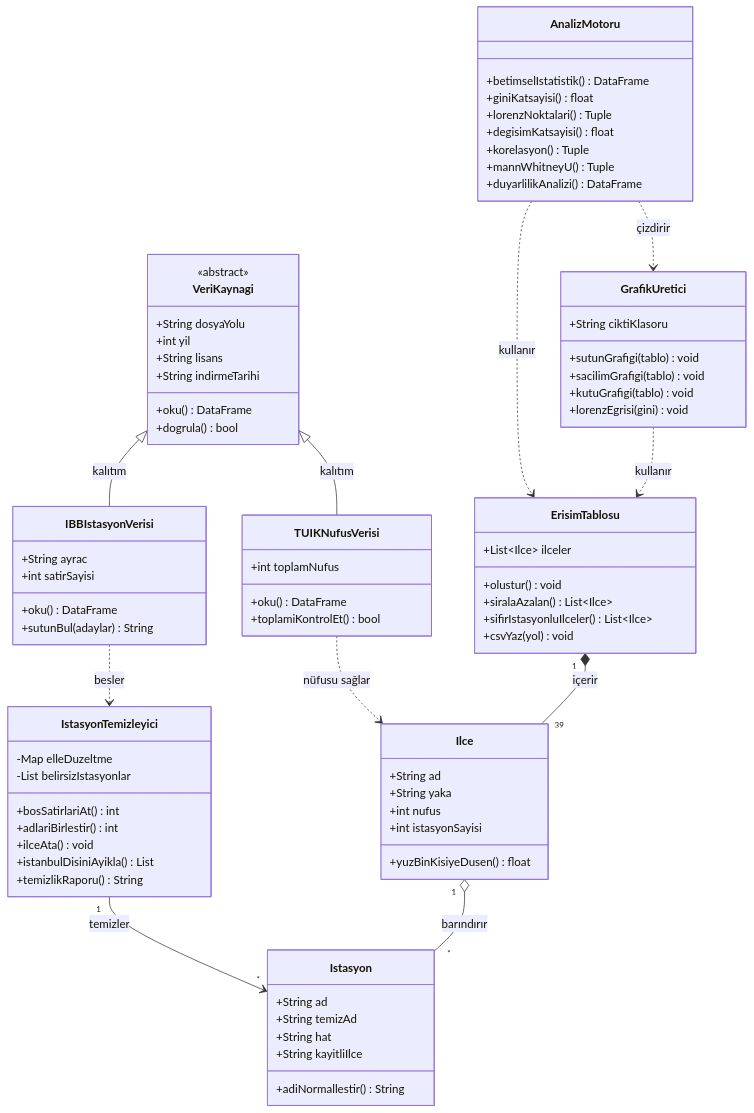
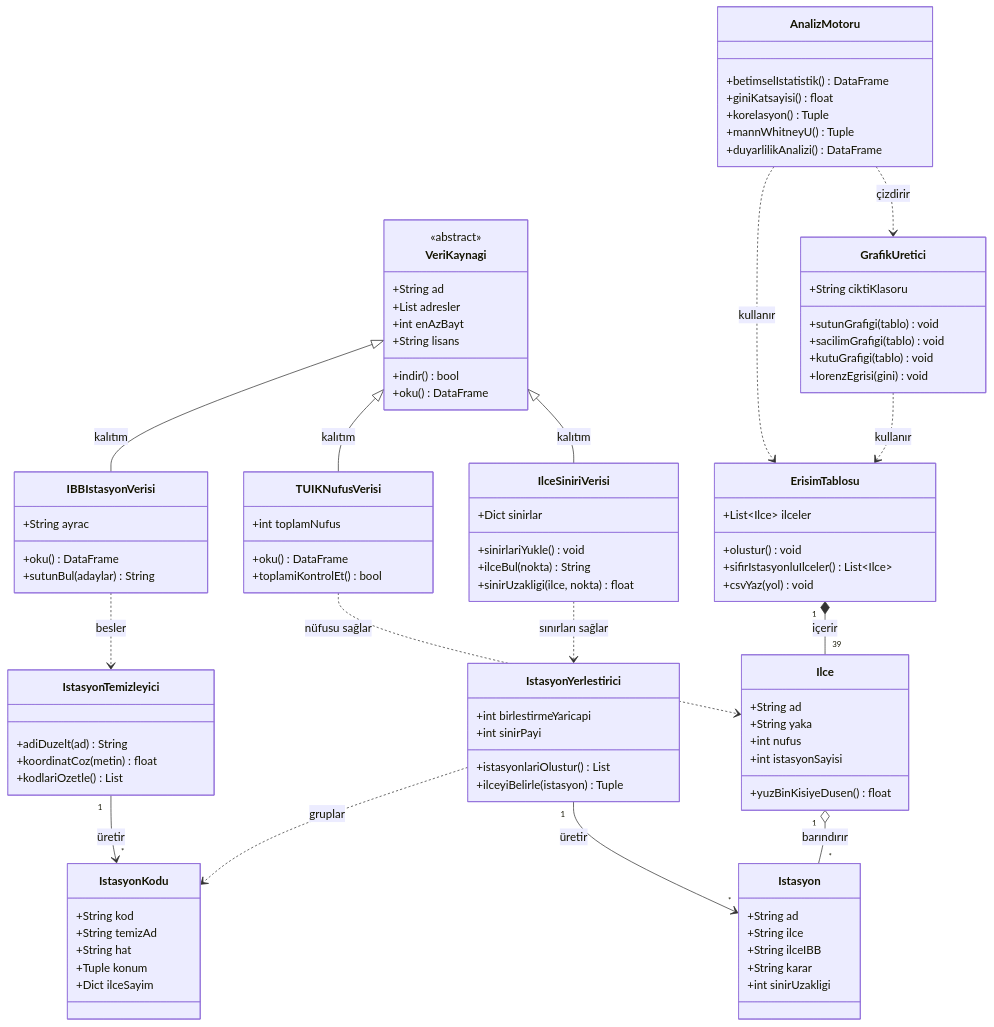
The diagram in uml/3_class.mmd (yunusyegen/istanbul-rayli-sistem-erisim), drawn with Mermaid before and after one commit. The commit also changed 6 other files, not shown here.

First line of the commit message:
UML diyagramları yeni analiz akışına göre güncellendi

```diff
--- a/uml/3_class.mmd
+++ b/uml/3_class.mmd
@@ -1,88 +1,106 @@
 %% Class Diyagramı
 %% Not defterindeki fonksiyonların sınıflara taşındığı tasarım önerisi
 classDiagram
     class VeriKaynagi {
         <<abstract>>
-        +String dosyaYolu
-        +int yil
+        +String ad
+        +List adresler
+        +int enAzBayt
         +String lisans
-        +String indirmeTarihi
+        +indir() bool
         +oku() DataFrame
-        +dogrula() bool
     }
 
     class IBBIstasyonVerisi {
         +String ayrac
-        +int satirSayisi
         +oku() DataFrame
         +sutunBul(adaylar) String
     }
 
     class TUIKNufusVerisi {
         +int toplamNufus
         +oku() DataFrame
         +toplamiKontrolEt() bool
     }
 
-    class Istasyon {
-        +String ad
+    class IlceSiniriVerisi {
+        +Dict sinirlar
+        +sinirlariYukle() void
+        +ilceBul(nokta) String
+        +sinirUzakligi(ilce, nokta) float
+    }
+
+    class IstasyonKodu {
+        +String kod
         +String temizAd
         +String hat
-        +String kayitliIlce
-        +adiNormallestir() String
+        +Tuple konum
+        +Dict ilceSayim
     }
 
     class IstasyonTemizleyici {
-        -Map elleDuzeltme
-        -List belirsizIstasyonlar
-        +bosSatirlariAt() int
-        +adlariBirlestir() int
-        +ilceAta() void
-        +istanbulDisiniAyikla() List
-        +temizlikRaporu() String
+        +adiDuzelt(ad) String
+        +koordinatCoz(metin) float
+        +kodlariOzetle() List
+    }
+
+    class IstasyonYerlestirici {
+        +int birlestirmeYaricapi
+        +int sinirPayi
+        +istasyonlariOlustur() List
+        +ilceyiBelirle(istasyon) Tuple
+    }
+
+    class Istasyon {
+        +String ad
+        +String ilce
+        +String ilceIBB
+        +String karar
+        +int sinirUzakligi
     }
 
     class Ilce {
         +String ad
         +String yaka
         +int nufus
         +int istasyonSayisi
         +yuzBinKisiyeDusen() float
     }
 
     class ErisimTablosu {
         +List~Ilce~ ilceler
         +olustur() void
-        +siralaAzalan() List~Ilce~
         +sifirIstasyonluIlceler() List~Ilce~
         +csvYaz(yol) void
     }
 
     class AnalizMotoru {
         +betimselIstatistik() DataFrame
         +giniKatsayisi() float
-        +lorenzNoktalari() Tuple
-        +degisimKatsayisi() float
         +korelasyon() Tuple
         +mannWhitneyU() Tuple
         +duyarlilikAnalizi() DataFrame
     }
 
     class GrafikUretici {
         +String ciktiKlasoru
         +sutunGrafigi(tablo) void
         +sacilimGrafigi(tablo) void
         +kutuGrafigi(tablo) void
         +lorenzEgrisi(gini) void
     }
 
     VeriKaynagi <|-- IBBIstasyonVerisi : kalıtım
     VeriKaynagi <|-- TUIKNufusVerisi : kalıtım
+    VeriKaynagi <|-- IlceSiniriVerisi : kalıtım
     IBBIstasyonVerisi ..> IstasyonTemizleyici : besler
-    IstasyonTemizleyici "1" --> "*" Istasyon : temizler
+    IstasyonTemizleyici "1" --> "*" IstasyonKodu : üretir
+    IstasyonYerlestirici ..> IstasyonKodu : gruplar
+    IlceSiniriVerisi ..> IstasyonYerlestirici : sınırları sağlar
+    IstasyonYerlestirici "1" --> "*" Istasyon : üretir
     Ilce "1" o-- "*" Istasyon : barındırır
     TUIKNufusVerisi ..> Ilce : nüfusu sağlar
     ErisimTablosu "1" *-- "39" Ilce : içerir
     AnalizMotoru ..> ErisimTablosu : kullanır
     GrafikUretici ..> ErisimTablosu : kullanır
     AnalizMotoru ..> GrafikUretici : çizdirir
```
